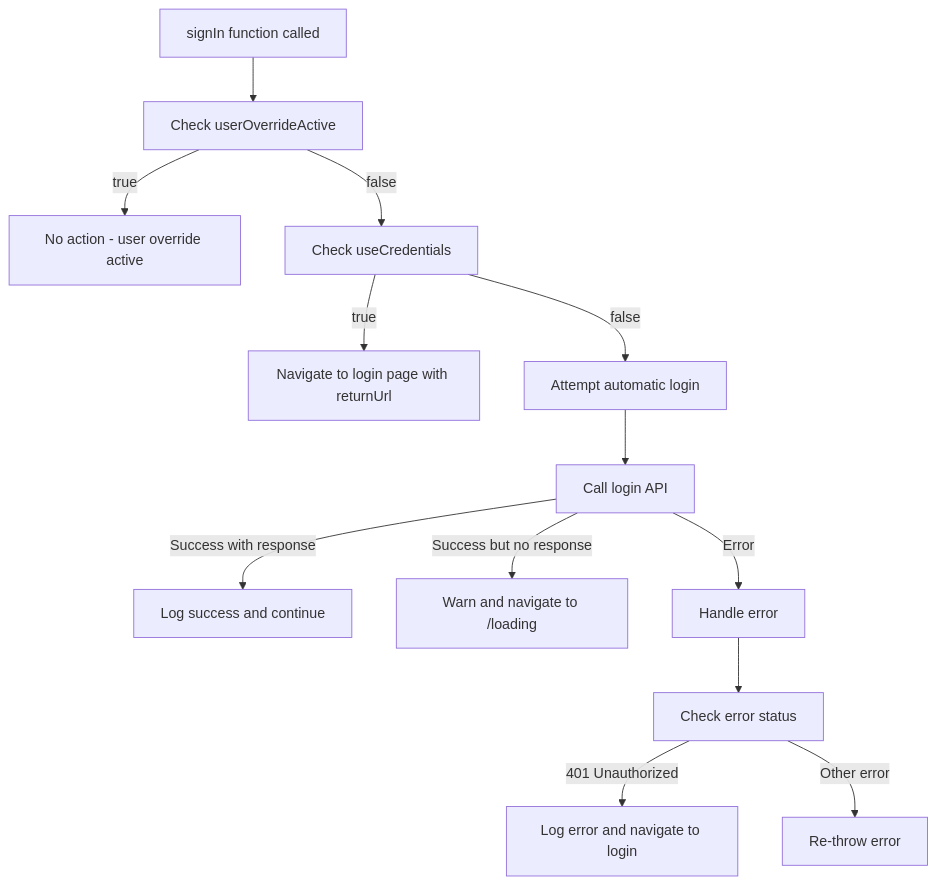
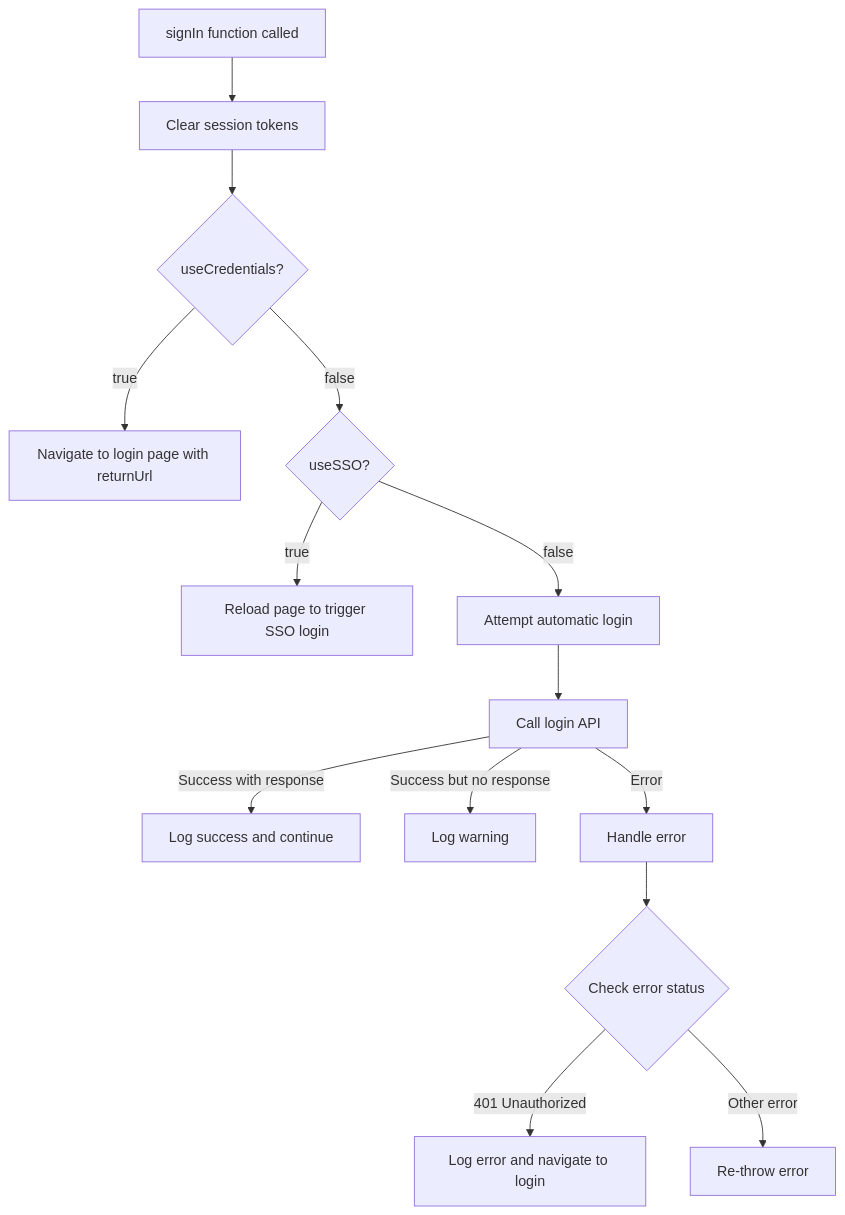
The second of 3 diagrams in docusaurus/docs/atomic-angular/utils/sign-in.md (sinequa/sba-mint), drawn with Mermaid before and after one commit. The commit also changed other lines of this file and 75 other files, not shown here.

````diff
--- a/docusaurus/docs/atomic-angular/utils/sign-in.md
+++ b/docusaurus/docs/atomic-angular/utils/sign-in.md
@@ -70,18 +72,20 @@
 ```mermaid
 flowchart TD
-    A[signIn function called] --> B[Check userOverrideActive]
-    B -->|true| C[No action - user override active]
-    B -->|false| D[Check useCredentials]
-    
-    D -->|true| E[Navigate to login page with returnUrl]
-    D -->|false| F[Attempt automatic login]
-    
-    F --> G[Call login API]
-    G -->|Success with response| H[Log success and continue]
-    G -->|Success but no response| I[Warn and navigate to /loading]
-    G -->|Error| J[Handle error]
-    
-    J --> K[Check error status]
-    K -->|401 Unauthorized| L[Log error and navigate to login]
-    K -->|Other error| M[Re-throw error]
+    A[signIn function called] --> B[Clear session tokens]
+    B --> C{useCredentials?}
+
+    C -->|true| D[Navigate to login page with returnUrl]
+    C -->|false| E{useSSO?}
+
+    E -->|true| F[Reload page to trigger SSO login]
+    E -->|false| G[Attempt automatic login]
+
+    G --> H[Call login API]
+    H -->|Success with response| I[Log success and continue]
+    H -->|Success but no response| J[Log warning]
+    H -->|Error| K[Handle error]
+
+    K --> L{Check error status}
+    L -->|401 Unauthorized| M[Log error and navigate to login]
+    L -->|Other error| N[Re-throw error]
 ```
````
